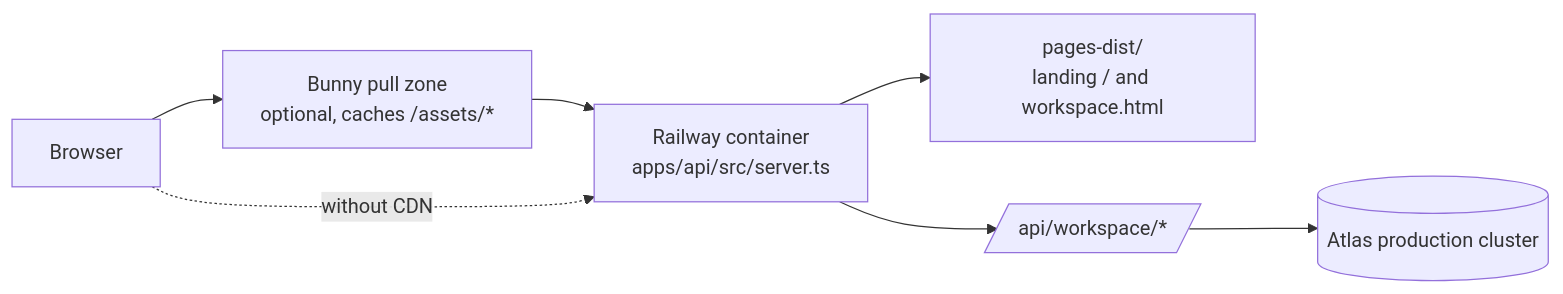
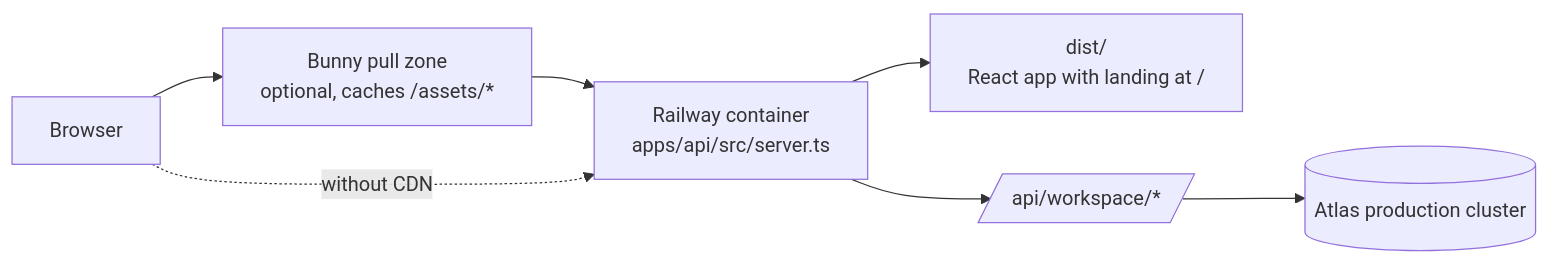
One commit to dabidoe/renovagent changed the diagram in docs/architecture/hosted-deployment.md. Above: the diagram before and after it, drawn with Mermaid. The commit also changed other lines of this file and 8 other files, not shown here.

First line of the commit message:
fix(hosting): serve the React app at /; let the provider's sign-in return through

````diff
--- a/docs/architecture/hosted-deployment.md
+++ b/docs/architecture/hosted-deployment.md
@@ -9,9 +9,9 @@
 ```mermaid
 flowchart LR
   B[Browser] --> CDN[Bunny pull zone<br/>optional, caches /assets/*]
   CDN --> R[Railway container<br/>apps/api/src/server.ts]
   B -. without CDN .-> R
-  R --> S[pages-dist/<br/>landing / and workspace.html]
+  R --> S[dist/<br/>React app with landing at /]
   R --> A[/api/workspace/*/]
   A --> M[(Atlas production cluster)]
 ```
````
